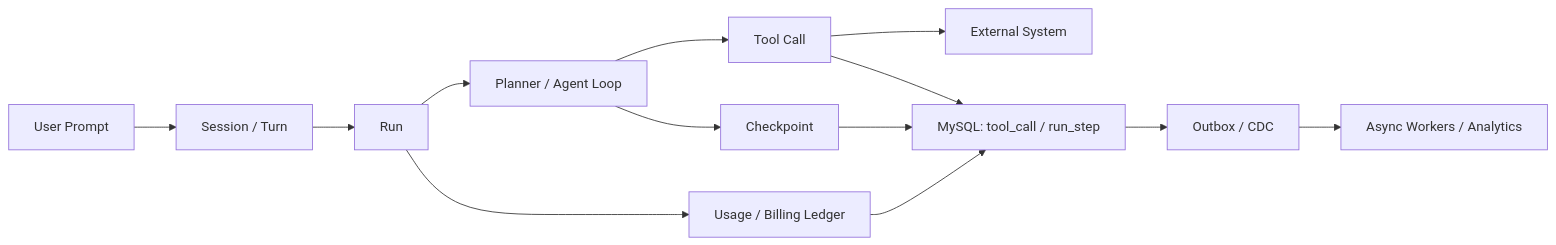
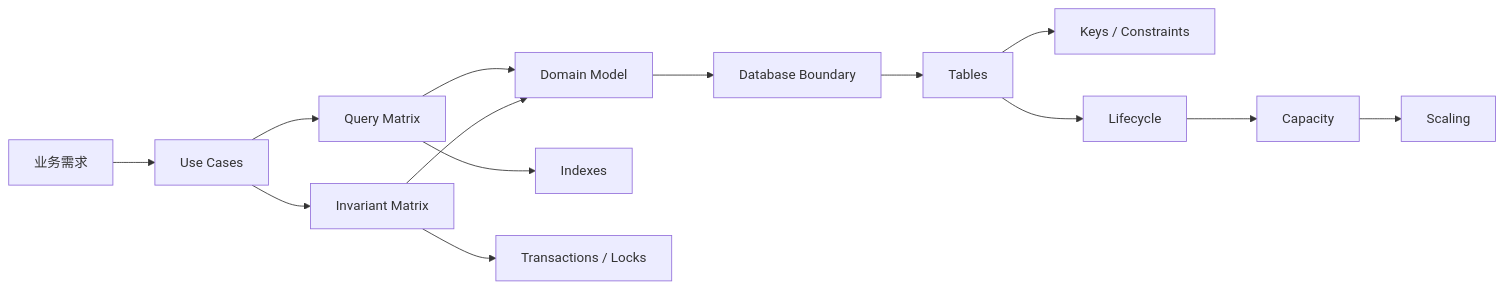
The diagram in mysql/README.md (huai-Guo/learning), drawn with Mermaid before and after one commit. The commit also changed other lines of this file, not shown here.

Commit message:
docs(mysql): make database design the primary learning path

```diff
--- a/mysql/README.md
+++ b/mysql/README.md
@@ -90,15 +67,16 @@
 ~~~mermaid
 flowchart LR
-    U["User Prompt"] --> S["Session / Turn"]
-    S --> R["Run"]
-    R --> P["Planner / Agent Loop"]
-    P --> T["Tool Call"]
-    T --> X["External System"]
-    T --> DB["MySQL: tool_call / run_step"]
-    P --> C["Checkpoint"]
-    C --> DB
-    R --> Q["Usage / Billing Ledger"]
-    Q --> DB
-    DB --> O["Outbox / CDC"]
-    O --> W["Async Workers / Analytics"]
+    R["业务需求"] --> U["Use Cases"]
+    U --> Q["Query Matrix"]
+    U --> I["Invariant Matrix"]
+    Q --> D["Domain Model"]
+    I --> D
+    D --> B["Database Boundary"]
+    B --> T["Tables"]
+    T --> K["Keys / Constraints"]
+    Q --> X["Indexes"]
+    I --> TX["Transactions / Locks"]
+    T --> L["Lifecycle"]
+    L --> C["Capacity"]
+    C --> S["Scaling"]
 ~~~
```
